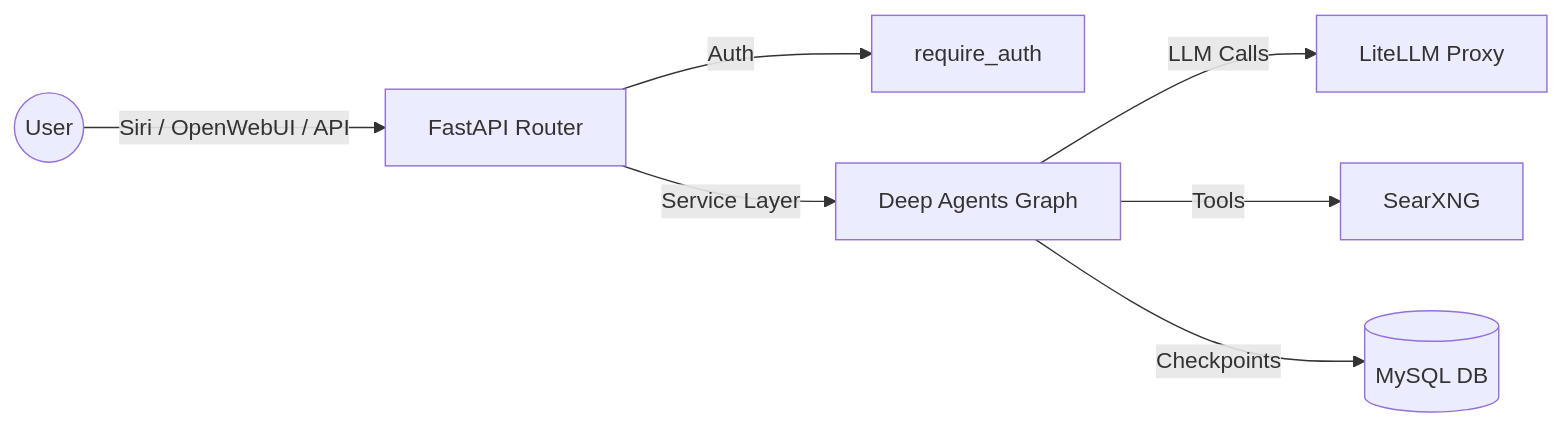
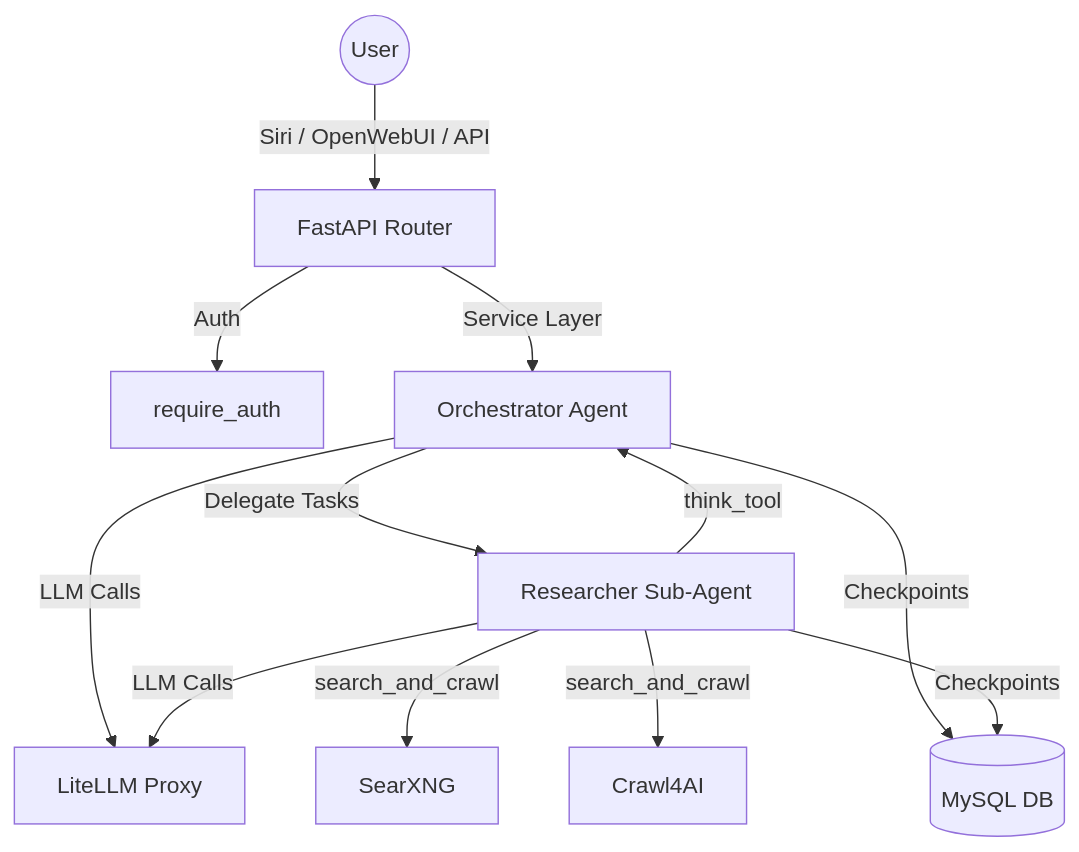
Before and after one commit to choukalos/homelab-ai-harness: the diagram in ai-harness/deep_research/README.md, drawn with Mermaid. The commit also changed other lines of this file and 10 other files, not shown here.

Commit message:
Finished deep research module and exposed the multi-agent call to openweb ui harness and siri.  Ensured concurent call won't conflict.

````diff
--- a/ai-harness/deep_research/README.md
+++ b/ai-harness/deep_research/README.md
@@ -11,9 +14,14 @@
 ```mermaid
-graph LR
+graph TB
     User((User)) -->|Siri / OpenWebUI / API| FastAPI[FastAPI Router]
     FastAPI -->|Auth| Security[require_auth]
-    FastAPI -->|Service Layer| DeepAgent[Deep Agents Graph]
-    DeepAgent -->|LLM Calls| LiteLLM[LiteLLM Proxy]
-    DeepAgent -->|Tools| SearXNG[SearXNG]
-    DeepAgent -->|Checkpoints| MySQL[(MySQL DB)]
+    FastAPI -->|Service Layer| Orchestrator[Orchestrator Agent]
+    Orchestrator -->|LLM Calls| LiteLLM[LiteLLM Proxy]
+    Orchestrator -->|Delegate Tasks| SubAgent[Researcher Sub-Agent]
+    SubAgent -->|LLM Calls| LiteLLM
+    SubAgent -->|search_and_crawl| SearXNG[SearXNG]
+    SubAgent -->|search_and_crawl| Crawl4AI[Crawl4AI]
+    SubAgent -->|think_tool| Orchestrator
+    Orchestrator -->|Checkpoints| MySQL[(MySQL DB)]
+    SubAgent -->|Checkpoints| MySQL
 ```
````
